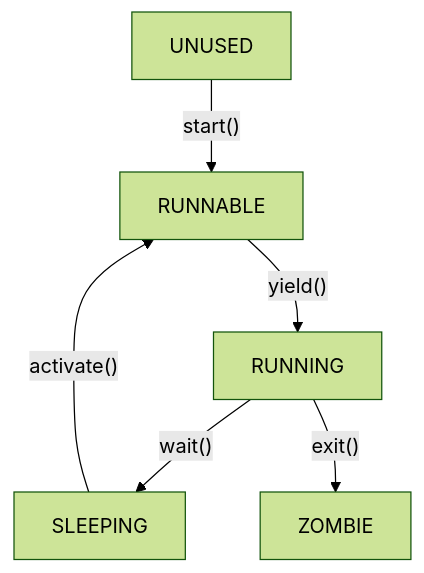
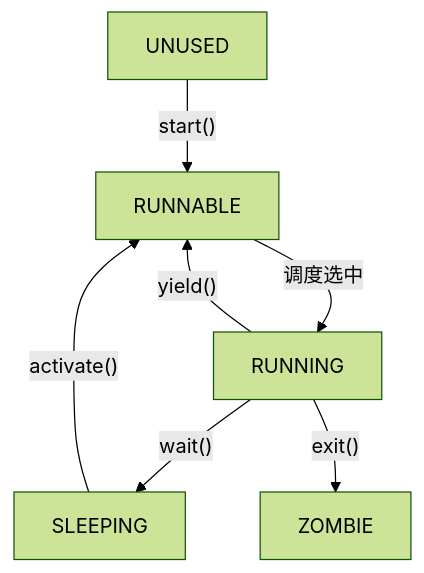
One commit to JiaXtian/OS-26Fall-FDU.github.io changed the first of 2 diagrams in docs/lab/lab2.md. Above: the diagram before and after it, drawn with Mermaid (forest theme). The commit also changed other lines of this file and 4 other files, not shown here.

````diff
--- a/docs/lab/lab2.md
+++ b/docs/lab/lab2.md
@@ -7,15 +7,16 @@
 ```mermaid
 graph TD
 A[UNUSED]
 B[RUNNABLE]
 C[RUNNING]
 D[SLEEPING]
 E[ZOMBIE]
  
 A -- start() --> B
-B -- yield() --> C
+B -- 调度选中 --> C
+C -- yield() --> B
 C -- wait() --> D
 D -- activate() --> B
 C -- exit() --> E
 
 ```
````
